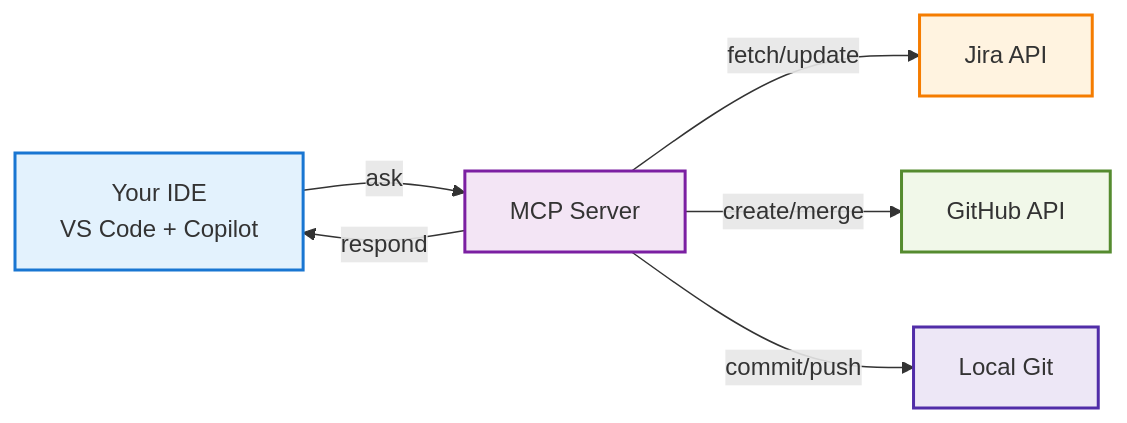
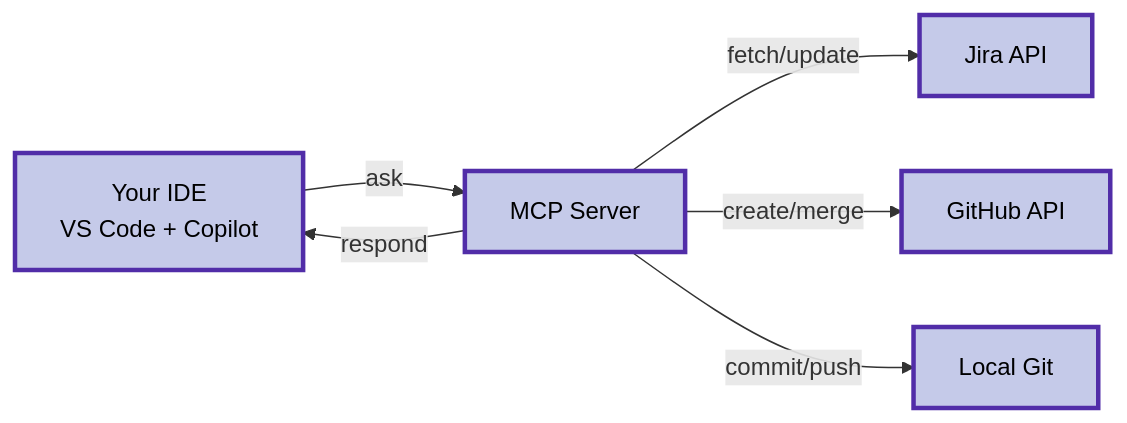
One commit to TamarEngel/jira-github-mcp changed the diagram in README.md. Above: the diagram before and after it, drawn with Mermaid. The commit also changed other lines of this file, not shown here.

````diff
--- a/README.md
+++ b/README.md
@@ -27,20 +179,20 @@
 ```mermaid
 graph LR
     IDE["Your IDE<br/>VS Code + Copilot"]
     MCP["MCP Server"]
     JIRA["Jira API"]
     GITHUB["GitHub API"]
     GIT["Local Git"]
     
     IDE -->|ask| MCP
     MCP -->|fetch/update| JIRA
     MCP -->|create/merge| GITHUB
     MCP -->|commit/push| GIT
     MCP -->|respond| IDE
     
-    style IDE fill:#e3f2fd,stroke:#1976d2,stroke-width:2px
-    style MCP fill:#f3e5f5,stroke:#7b1fa2,stroke-width:2px
-    style JIRA fill:#fff3e0,stroke:#f57c00,stroke-width:2px
-    style GITHUB fill:#f1f8e9,stroke:#558b2f,stroke-width:2px
-    style GIT fill:#ede7f6,stroke:#512da8,stroke-width:2px
+    style IDE fill:#c5cae9,stroke:#512da8,stroke-width:3px,color:#000
+    style MCP fill:#c5cae9,stroke:#512da8,stroke-width:3px,color:#000
+    style JIRA fill:#c5cae9,stroke:#512da8,stroke-width:3px,color:#000
+    style GITHUB fill:#c5cae9,stroke:#512da8,stroke-width:3px,color:#000
+    style GIT fill:#c5cae9,stroke:#512da8,stroke-width:3px,color:#000
 ```
````
